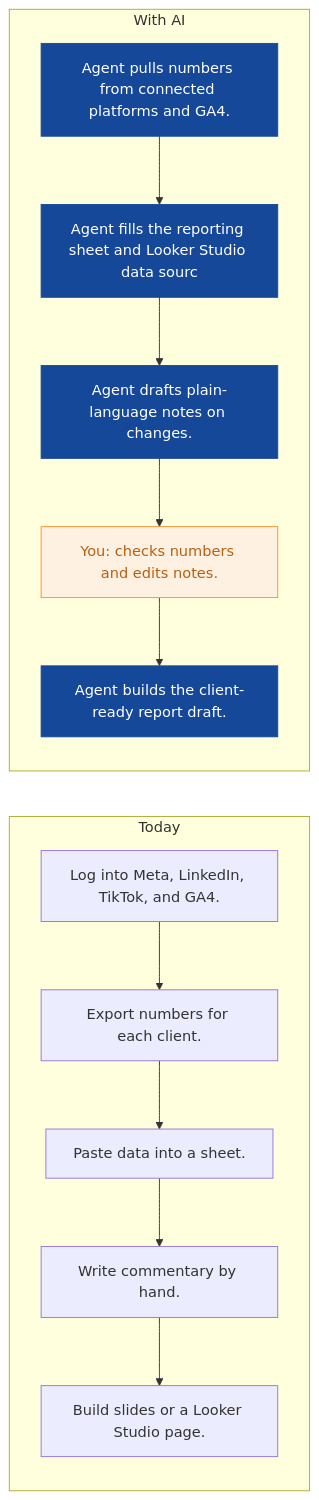
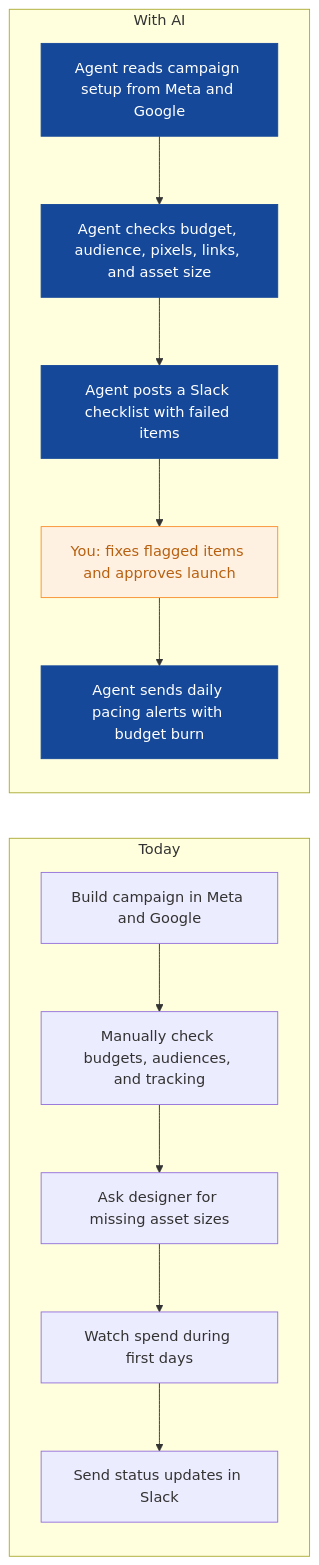
The third of 8 diagrams in strategies/pixelhive-studio.md (nexibeo/Complete-AI-Strategy), drawn with Mermaid before and after one commit. The commit also changed other lines of this file and 26 other files, not shown here.

````diff
--- a/strategies/pixelhive-studio.md
+++ b/strategies/pixelhive-studio.md
@@ -136,23 +110,23 @@
 ```mermaid
 flowchart LR
   subgraph Today
-    B0["Log into Meta, LinkedIn, TikTok, and GA4."]
-    B1["Export numbers for each client."]
-    B2["Paste data into a sheet."]
-    B3["Write commentary by hand."]
-    B4["Build slides or a Looker Studio page."]
+    B0["Build campaign in Meta and Google"]
+    B1["Manually check budgets, audiences, and tracking"]
+    B2["Ask designer for missing asset sizes"]
+    B3["Watch spend during first days"]
+    B4["Send status updates in Slack"]
     B0 --> B1 --> B2 --> B3 --> B4
   end
   subgraph WithAI[With AI]
-    A0["Agent pulls numbers from connected platforms and GA4."]
-    A1["Agent fills the reporting sheet and Looker Studio data sourc"]
-    A2["Agent drafts plain-language notes on changes."]
-    A3["You: checks numbers and edits notes."]
-    A4["Agent builds the client-ready report draft."]
+    A0["Agent reads campaign setup from Meta and Google"]
+    A1["Agent checks budget, audience, pixels, links, and asset size"]
+    A2["Agent posts a Slack checklist with failed items"]
+    A3["You: fixes flagged items and approves launch"]
+    A4["Agent sends daily pacing alerts with budget burn"]
     A0 --> A1 --> A2 --> A3 --> A4
   end
   classDef ai fill:#154899,color:#fff,stroke:#154899
   classDef human fill:#FFF1E2,color:#B8600F,stroke:#F98F2C
   class A0,A1,A2,A4 ai
   class A3 human
 ```
````
